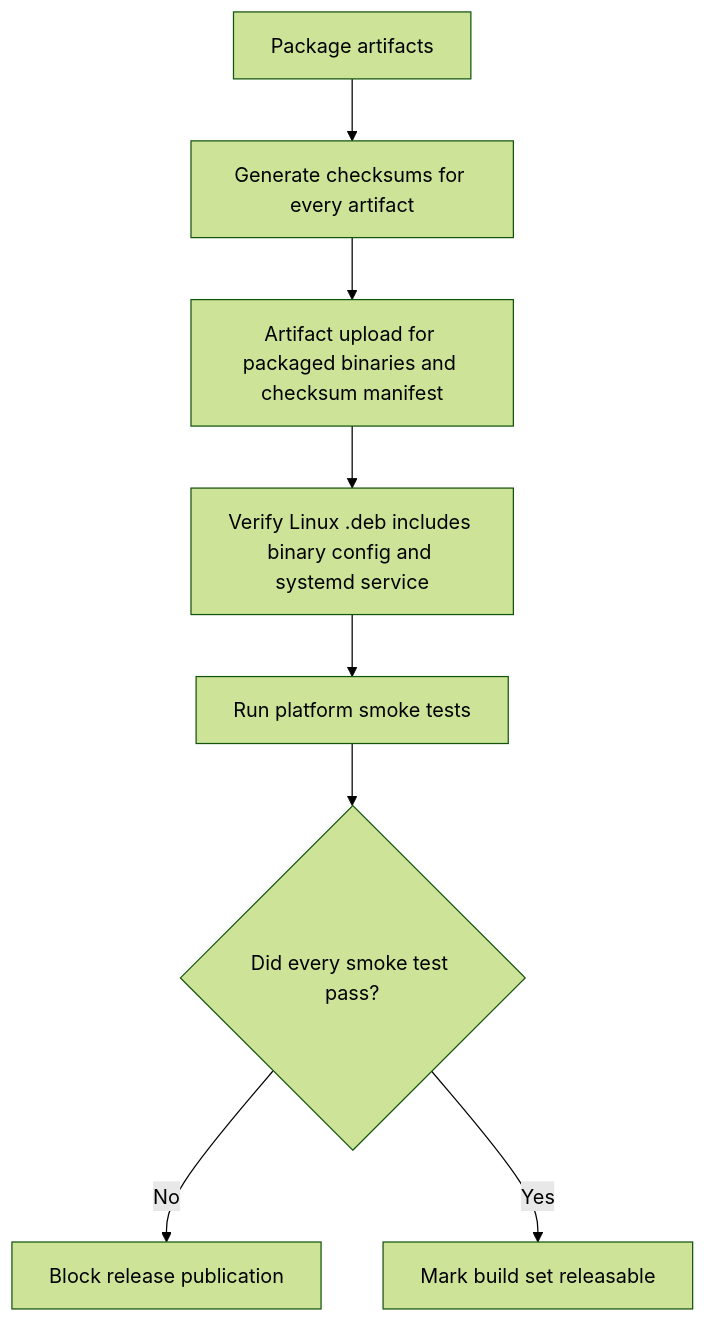
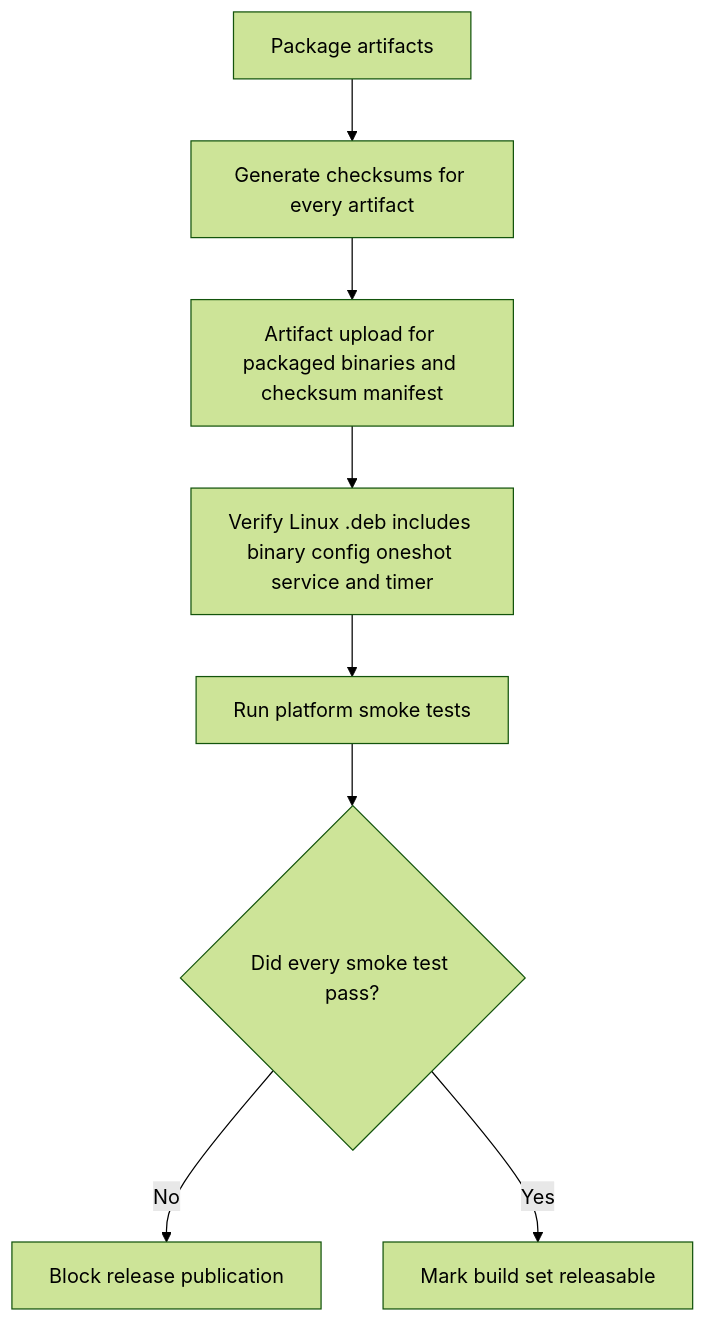
Before and after one commit to vivekvedant/prune-guard: the second of 3 diagrams in flowcharts/cross-platform-build-distribution.md, drawn with Mermaid (forest theme). The commit also changed 9 other files, not shown here.

Commit message:
feat(package): switch systemd runtime to oneshot timer

````diff
--- a/flowcharts/cross-platform-build-distribution.md
+++ b/flowcharts/cross-platform-build-distribution.md
@@ -18,10 +18,10 @@
 ```mermaid
 flowchart TD
     A[Package artifacts] --> B[Generate checksums for every artifact]
     B --> C[Artifact upload for packaged binaries and checksum manifest]
-    C --> D[Verify Linux .deb includes binary config and systemd service]
+    C --> D[Verify Linux .deb includes binary config oneshot service and timer]
     D --> E[Run platform smoke tests]
     E --> F{Did every smoke test pass?}
     F -- No --> G[Block release publication]
     F -- Yes --> H[Mark build set releasable]
 ```
````
